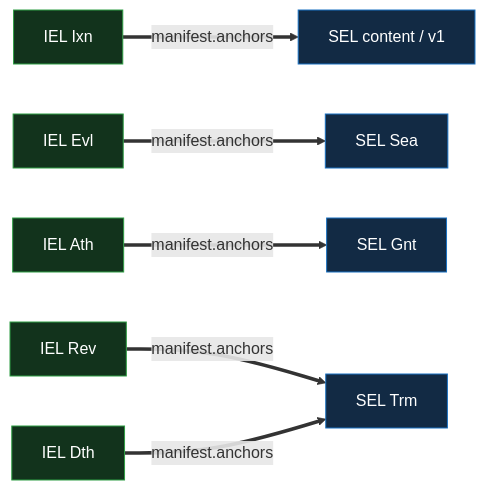
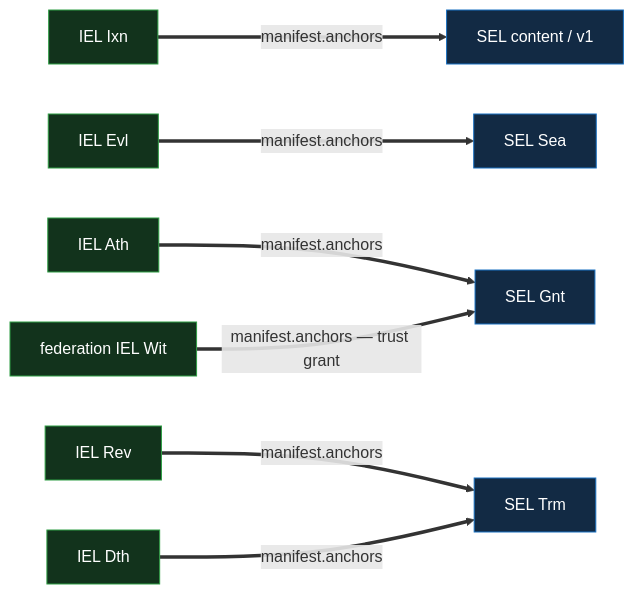
The second of 3 diagrams in docs/design/primitives/data/event-logs/iel/events.md (jasoncolburne/vdti), drawn with Mermaid before and after one commit. The commit also changed other lines of this file and 9 other files, not shown here.

````diff
--- a/docs/design/primitives/data/event-logs/iel/events.md
+++ b/docs/design/primitives/data/event-logs/iel/events.md
@@ -450,10 +451,11 @@
 ```mermaid
 flowchart LR
   Ixn["IEL Ixn"]:::iel ==>|manifest.anchors| c["SEL content / v1"]:::sel
   Evl["IEL Evl"]:::iel ==>|manifest.anchors| Sea["SEL Sea"]:::sel
   Ath["IEL Ath"]:::iel ==>|manifest.anchors| Gnt["SEL Gnt"]:::sel
+  Wit["federation IEL Wit"]:::iel ==>|manifest.anchors — trust grant| Gnt
   Rev["IEL Rev"]:::iel ==>|manifest.anchors| Trm["SEL Trm"]:::sel
   Dth["IEL Dth"]:::iel ==>|manifest.anchors| Trm
   classDef iel fill:#12331c,stroke:#2f9e44,color:#fff
   classDef sel fill:#122a44,stroke:#1971c2,color:#fff
 ```
````
